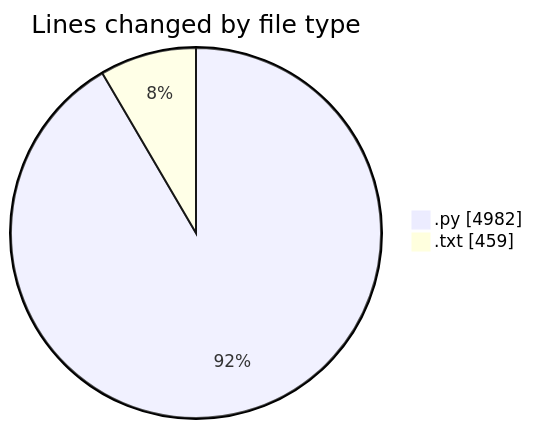
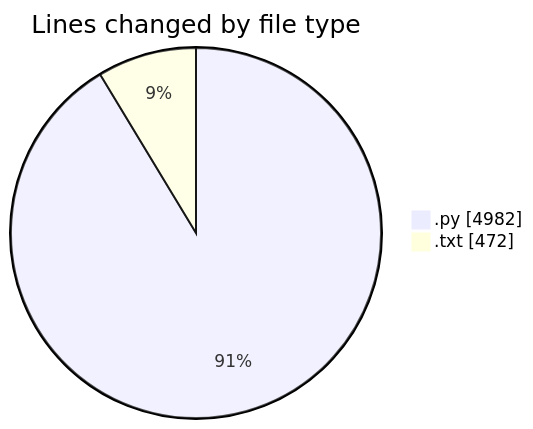
The first of 2 diagrams in 2025-05-26/zip_file/README.md (Ritupan-Deka/code-tracking), drawn with Mermaid before and after one commit. The commit also changed other lines of this file and 1 other file, not shown here.

````diff
--- a/2025-05-26/zip_file/README.md
+++ b/2025-05-26/zip_file/README.md
@@ -37,6 +38,6 @@
 ```mermaid
 pie showData
 title Lines changed by file type
 ".py" : 4982
-".txt" : 459
+".txt" : 472
 ```
````
